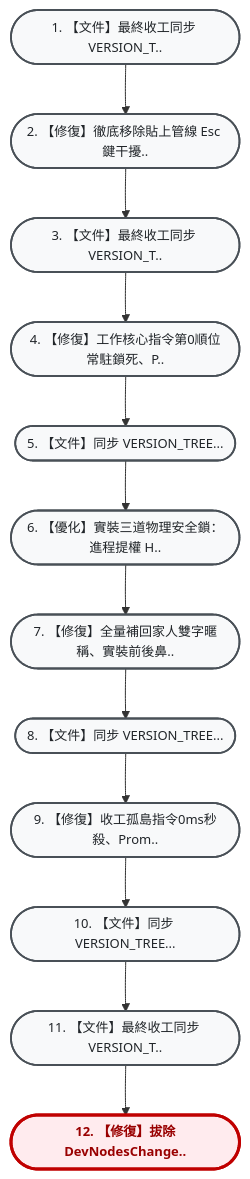
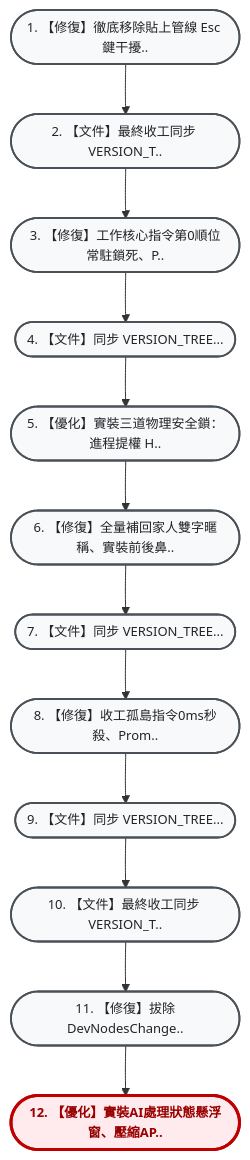
One commit to hjen8/NoType-Scribe changed the diagram in VERSION_TREE.md. Above: the diagram before and after it, drawn with Mermaid. The commit also changed other lines of this file, not shown here.

````diff
--- a/VERSION_TREE.md
+++ b/VERSION_TREE.md
@@ -13,32 +13,32 @@
 ```mermaid
 flowchart TD
     %% 雙壁版本樹專用視覺化配色風格 (由上而下 TD 垂直大字純中文版)
     classDef default fill:#f8f9fa,stroke:#495057,stroke-width:1.8px,color:#212529,font-size:13px;
     classDef current fill:#ffebee,stroke:#c00000,stroke-width:3px,color:#900,font-weight:bold,font-size:13px;
     classDef mergeNode fill:#e3f2fd,stroke:#1565c0,stroke-width:2px,color:#0d47a1,font-size:13px;
     classDef detour fill:#fff3e0,stroke:#e65100,stroke-width:2px,color:#b78103,font-size:13px;
     classDef transplant fill:#f3e5f5,stroke:#4a148c,stroke-width:2.5px,color:#4a148c,font-weight:bold,font-size:13px;
-    n_3b1109f(["1. 【文件】最終收工同步 VERSION_T.."]):::default
-    n_3fd94e8(["2. 【修復】徹底移除貼上管線 Esc 鍵干擾.."]):::default
-    n_796160e(["3. 【文件】最終收工同步 VERSION_T.."]):::default
-    n_01556eb(["4. 【修復】工作核心指令第0順位常駐鎖死、P.."]):::default
-    n_de0f9ca(["5. 【文件】同步 VERSION_TREE..."]):::default
-    n_0998c9e(["6. 【優化】實裝三道物理安全鎖：進程提權 H.."]):::default
-    n_c88210e(["7. 【修復】全量補回家人雙字暱稱、實裝前後鼻.."]):::default
-    n_534b345(["8. 【文件】同步 VERSION_TREE..."]):::default
-    n_c39c580(["9. 【修復】收工孤島指令0ms秒殺、Prom.."]):::default
-    n_a018c1d(["10. 【文件】同步 VERSION_TREE..."]):::default
-    n_cc1d9fb(["11. 【文件】最終收工同步 VERSION_T.."]):::default
-    n_f00a9bd(["12. 【修復】拔除DevNodesChange.."]):::current
-    n_3b1109f --> n_3fd94e8
+    n_3fd94e8(["1. 【修復】徹底移除貼上管線 Esc 鍵干擾.."]):::default
+    n_796160e(["2. 【文件】最終收工同步 VERSION_T.."]):::default
+    n_01556eb(["3. 【修復】工作核心指令第0順位常駐鎖死、P.."]):::default
+    n_de0f9ca(["4. 【文件】同步 VERSION_TREE..."]):::default
+    n_0998c9e(["5. 【優化】實裝三道物理安全鎖：進程提權 H.."]):::default
+    n_c88210e(["6. 【修復】全量補回家人雙字暱稱、實裝前後鼻.."]):::default
+    n_534b345(["7. 【文件】同步 VERSION_TREE..."]):::default
+    n_c39c580(["8. 【修復】收工孤島指令0ms秒殺、Prom.."]):::default
+    n_a018c1d(["9. 【文件】同步 VERSION_TREE..."]):::default
+    n_cc1d9fb(["10. 【文件】最終收工同步 VERSION_T.."]):::default
+    n_c832e4a(["11. 【修復】拔除DevNodesChange.."]):::default
+    n_f79b0ab(["12. 【優化】實裝AI處理狀態懸浮窗、壓縮AP.."]):::current
     n_3fd94e8 --> n_796160e
     n_796160e --> n_01556eb
     n_01556eb --> n_de0f9ca
     n_de0f9ca --> n_0998c9e
     n_0998c9e --> n_c88210e
     n_c88210e --> n_534b345
     n_534b345 --> n_c39c580
     n_c39c580 --> n_a018c1d
     n_a018c1d --> n_cc1d9fb
-    n_cc1d9fb --> n_f00a9bd
+    n_cc1d9fb --> n_c832e4a
+    n_c832e4a --> n_f79b0ab
 ```
````
